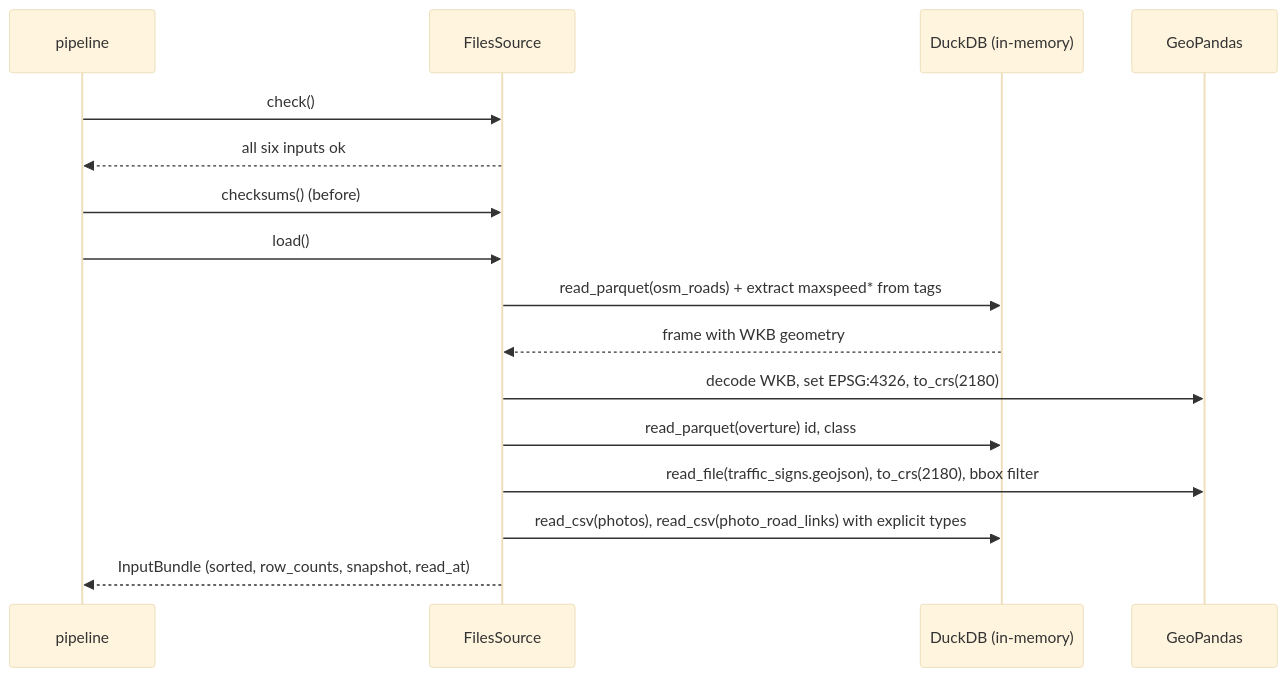
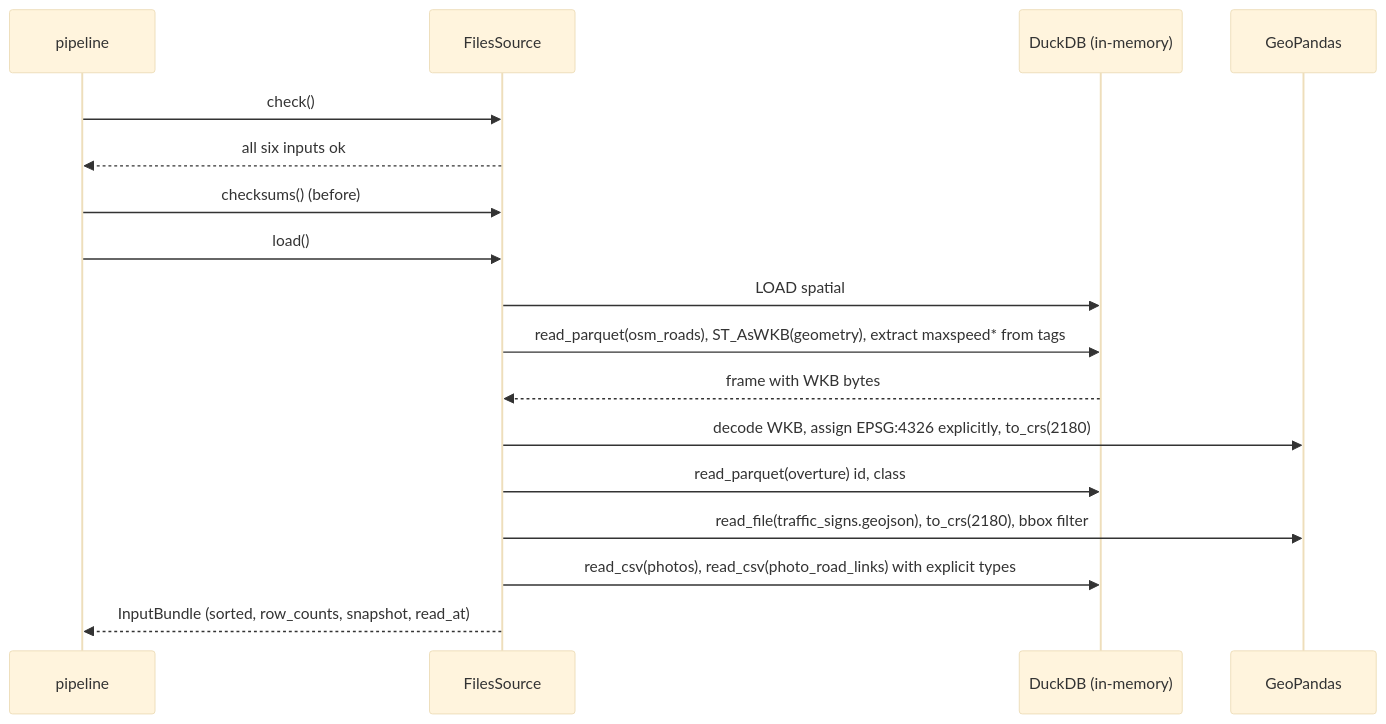
The third of 3 diagrams in docs/ADR/001-data-sources-and-config.md (monikabialobrzeska/szkolenie_dodatkowe), drawn with Mermaid (base theme) before and after one commit. The commit also changed other lines of this file and 4 other files, not shown here.

````diff
--- a/docs/ADR/001-data-sources-and-config.md
+++ b/docs/ADR/001-data-sources-and-config.md
@@ -238,18 +253,19 @@
 ```mermaid
 sequenceDiagram
     participant P as pipeline
     participant F as FilesSource
     participant D as DuckDB (in-memory)
     participant G as GeoPandas
     P->>F: check()
     F-->>P: all six inputs ok
     P->>F: checksums() (before)
     P->>F: load()
-    F->>D: read_parquet(osm_roads) + extract maxspeed* from tags
-    D-->>F: frame with WKB geometry
-    F->>G: decode WKB, set EPSG:4326, to_crs(2180)
+    F->>D: LOAD spatial
+    F->>D: read_parquet(osm_roads), ST_AsWKB(geometry), extract maxspeed* from tags
+    D-->>F: frame with WKB bytes
+    F->>G: decode WKB, assign EPSG:4326 explicitly, to_crs(2180)
     F->>D: read_parquet(overture) id, class
     F->>G: read_file(traffic_signs.geojson), to_crs(2180), bbox filter
     F->>D: read_csv(photos), read_csv(photo_road_links) with explicit types
     F-->>P: InputBundle (sorted, row_counts, snapshot, read_at)
 ```
````
